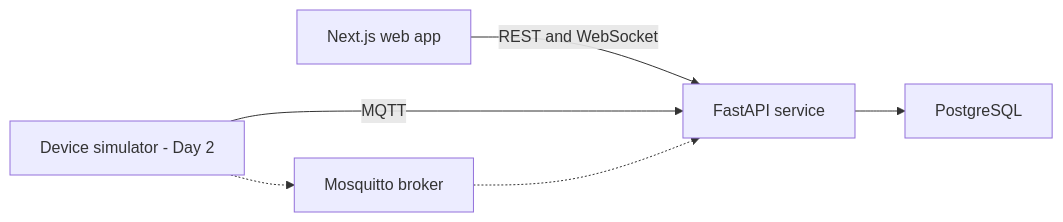
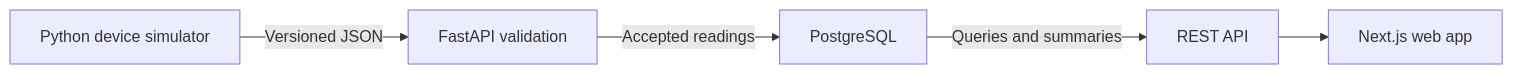
Before and after one commit to sahibsohi/visco-sensor: the diagram in README.md, drawn with Mermaid. The commit also changed other lines of this file and 27 other files, not shown here.

````diff
--- a/README.md
+++ b/README.md
@@ -24,8 +24,7 @@
 ```mermaid
 flowchart LR
-    A["Next.js web app"] -->|REST and WebSocket| B["FastAPI service"]
-    C["Device simulator - Day 2"] -->|MQTT| B
-    B --> D["PostgreSQL"]
-    C -.-> E["Mosquitto broker"]
-    E -.-> B
+    A["Python device simulator"] -->|Versioned JSON| B["FastAPI validation"]
+    B -->|Accepted readings| C["PostgreSQL"]
+    C -->|Queries and summaries| D["REST API"]
+    D --> E["Next.js web app"]
 ```
````
